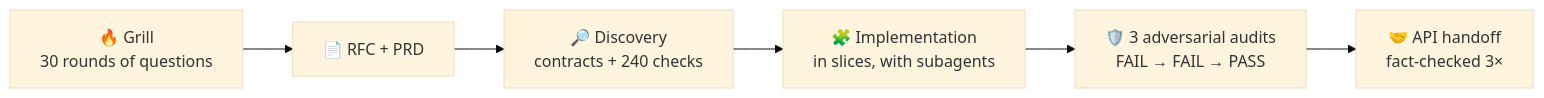
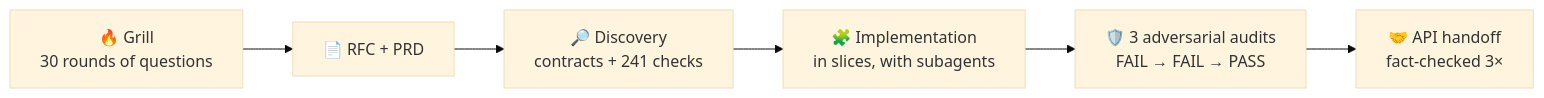
The fifth of 6 diagrams in README.en.md (micaelcf/parcela-mais-case), drawn with Mermaid (base theme) before and after one commit. The commit also changed other lines of this file and 5 other files, not shown here.

````diff
--- a/README.en.md
+++ b/README.en.md
@@ -169,8 +169,8 @@
 ```mermaid
 flowchart LR
     G["🔥 Grill<br/>30 rounds of questions"] --> D["📄 RFC + PRD"]
-    D --> C["🔎 Discovery<br/>contracts + 240 checks"]
+    D --> C["🔎 Discovery<br/>contracts + 241 checks"]
     C --> S["🧩 Implementation<br/>in slices, with subagents"]
     S --> A["🛡️ 3 adversarial audits<br/>FAIL → FAIL → PASS"]
     A --> H["🤝 API handoff<br/>fact-checked 3×"]
 ```
````
